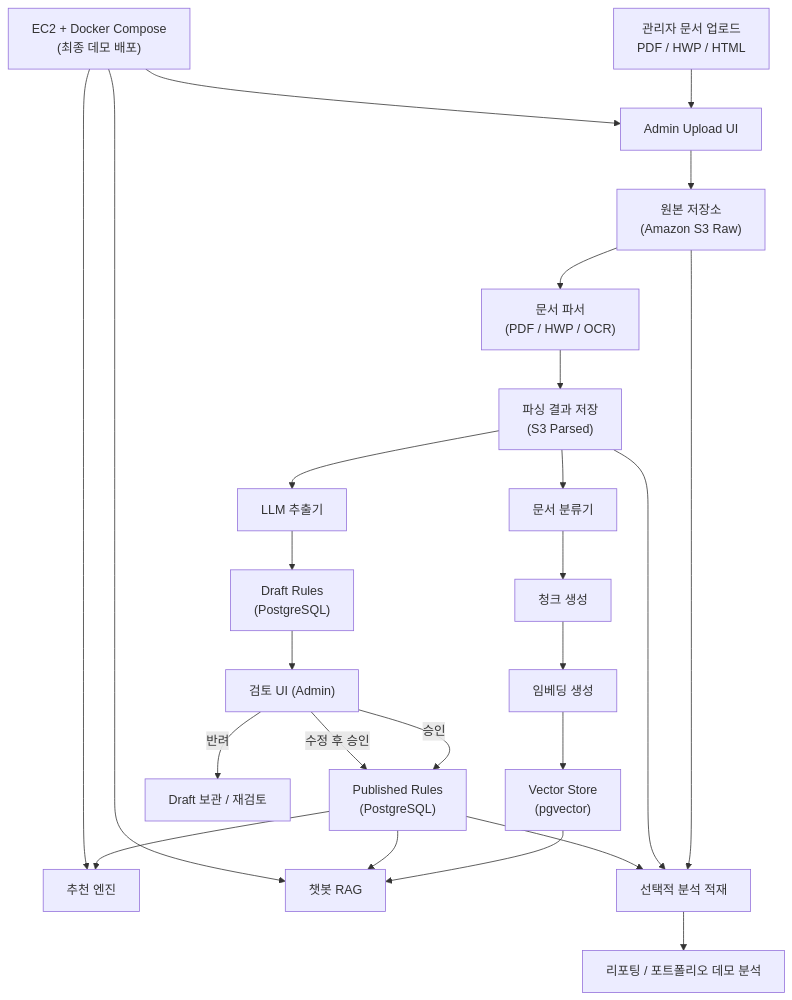
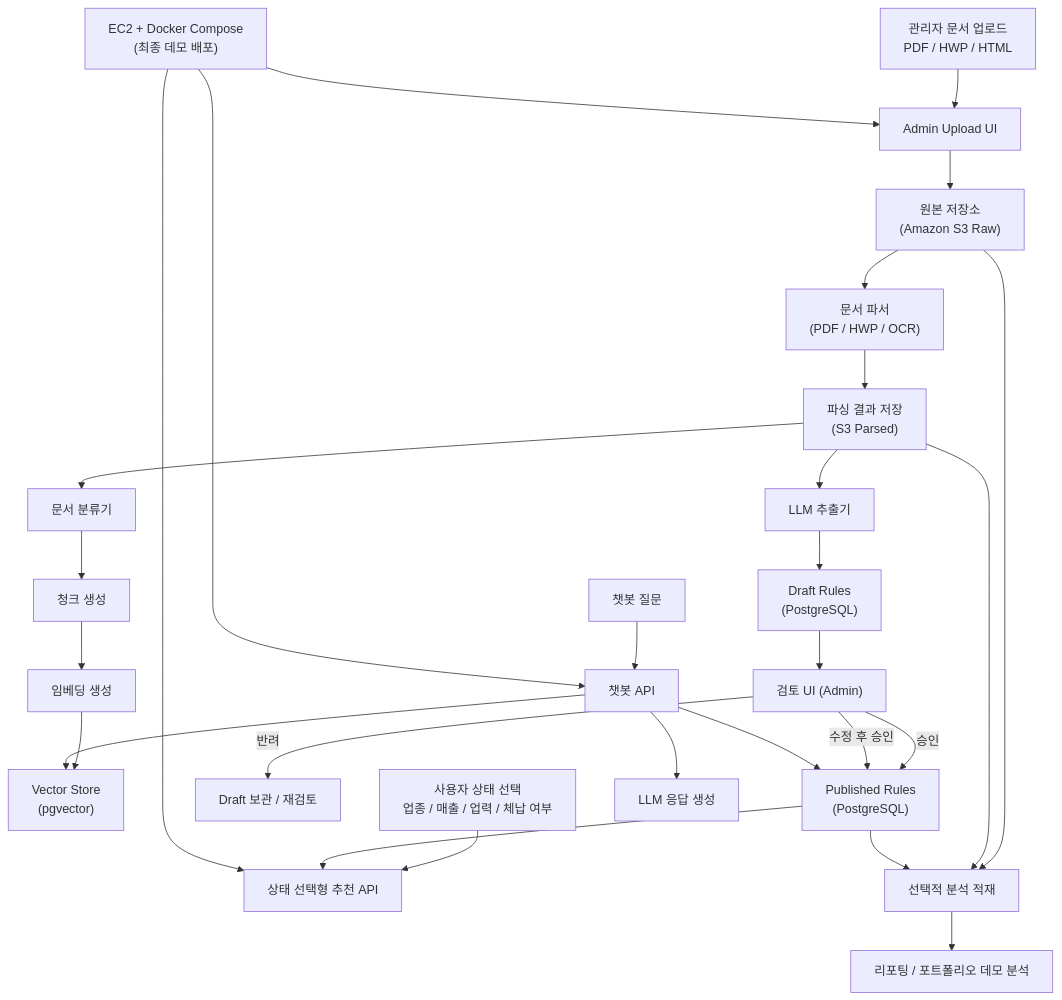
Before and after one commit to meanresult/Government-backed-funding: the diagram in docs/system-architecture.md, drawn with Mermaid. The commit also changed other lines of this file and 9 other files, not shown here.

````diff
--- a/docs/system-architecture.md
+++ b/docs/system-architecture.md
@@ -3,34 +3,38 @@
 ```mermaid
 flowchart TD
     A["관리자 문서 업로드<br/>PDF / HWP / HTML"] --> B["Admin Upload UI"]
     B --> C["원본 저장소<br/>(Amazon S3 Raw)"]
 
     C --> D["문서 파서<br/>(PDF / HWP / OCR)"]
     D --> E["파싱 결과 저장<br/>(S3 Parsed)"]
 
     E --> F["문서 분류기"]
     F --> G["청크 생성"]
     G --> H["임베딩 생성"]
     H --> I["Vector Store<br/>(pgvector)"]
 
     E --> J["LLM 추출기"]
     J --> K["Draft Rules<br/>(PostgreSQL)"]
 
     K --> L["검토 UI (Admin)"]
     L -->|승인| M["Published Rules<br/>(PostgreSQL)"]
     L -->|수정 후 승인| M
     L -->|반려| N["Draft 보관 / 재검토"]
 
-    M --> O["추천 엔진"]
-    I --> P["챗봇 RAG"]
-    M --> P
+    U["사용자 상태 선택<br/>업종 / 매출 / 업력 / 체납 여부"] --> O["상태 선택형 추천 API"]
+    M --> O
+
+    V["챗봇 질문"] --> P["챗봇 API"]
+    P --> I
+    P --> M
+    P --> W["LLM 응답 생성"]
 
     C --> Q["선택적 분석 적재"]
     E --> Q
     M --> Q
     Q --> R["리포팅 / 포트폴리오 데모 분석"]
 
     S["EC2 + Docker Compose<br/>(최종 데모 배포)"] --> B
     S --> O
     S --> P
 ```
````
